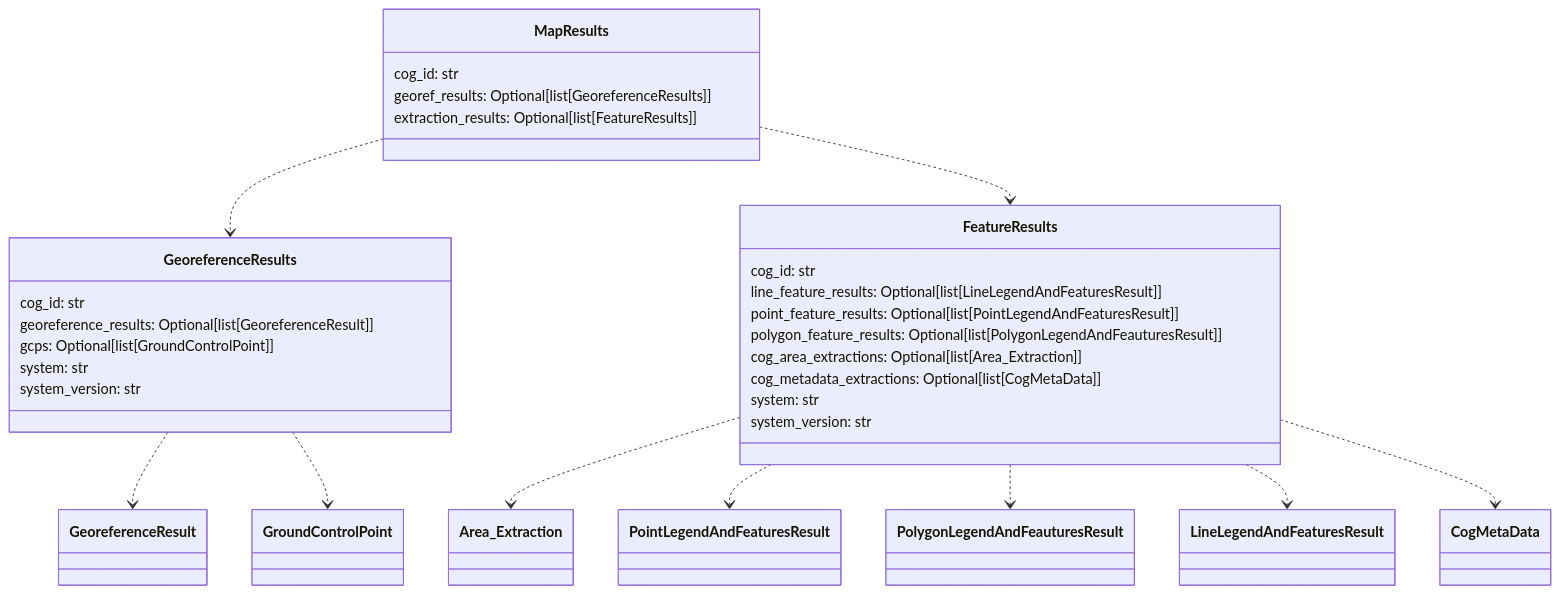
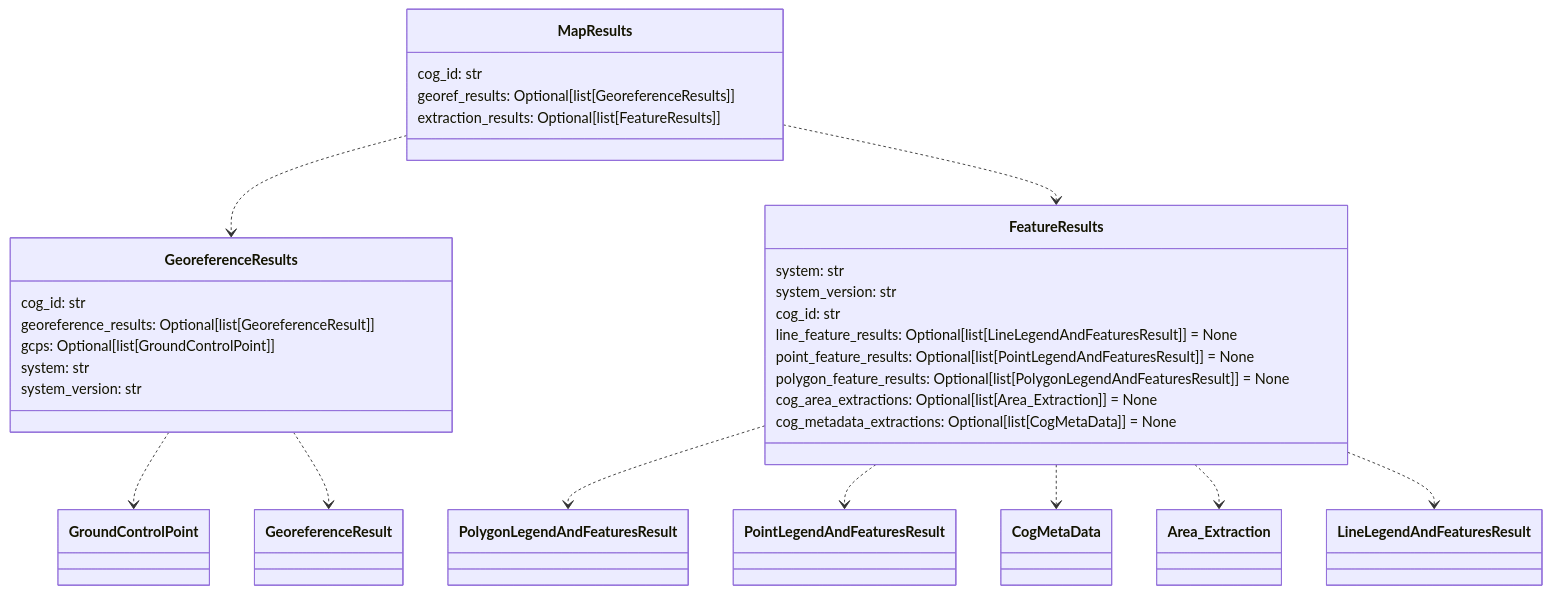
One commit to DARPA-CRITICALMAAS/cdr_schemas changed diagram 11 of 12 in README.md. Above: the diagram before and after it, drawn with Mermaid. The commit also changed other lines of this file and 7 other files, not shown here.

````diff
--- a/README.md
+++ b/README.md
@@ -863,40 +905,40 @@
 ```mermaid
 classDiagram
+
+    class MapResults {
+        cog_id: str
+        georef_results: Optional[list[GeoreferenceResults]]
+        extraction_results: Optional[list[FeatureResults]]
+    }
 
     class GeoreferenceResults {
         cog_id: str
         georeference_results: Optional[list[GeoreferenceResult]]
         gcps: Optional[list[GroundControlPoint]]
         system: str
         system_version: str
     }
 
     class FeatureResults {
-        cog_id: str
-        line_feature_results: Optional[list[LineLegendAndFeaturesResult]]
-        point_feature_results: Optional[list[PointLegendAndFeaturesResult]]
-        polygon_feature_results: Optional[list[PolygonLegendAndFeauturesResult]]
-        cog_area_extractions: Optional[list[Area_Extraction]]
-        cog_metadata_extractions: Optional[list[CogMetaData]]
         system: str
         system_version: str
+        cog_id: str
+        line_feature_results: Optional[list[LineLegendAndFeaturesResult]] = None
+        point_feature_results: Optional[list[PointLegendAndFeaturesResult]] = None
+        polygon_feature_results: Optional[list[PolygonLegendAndFeaturesResult]] = None
+        cog_area_extractions: Optional[list[Area_Extraction]] = None
+        cog_metadata_extractions: Optional[list[CogMetaData]] = None
     }
 
-    class MapResults {
-        cog_id: str
-        georef_results: Optional[list[GeoreferenceResults]]
-        extraction_results: Optional[list[FeatureResults]]
-    }
-
+    FeatureResults ..> PolygonLegendAndFeaturesResult
+    FeatureResults ..> PointLegendAndFeaturesResult
+    FeatureResults ..> CogMetaData
     FeatureResults ..> Area_Extraction
-    FeatureResults ..> PointLegendAndFeaturesResult
-    FeatureResults ..> PolygonLegendAndFeauturesResult
     FeatureResults ..> LineLegendAndFeaturesResult
-    FeatureResults ..> CogMetaData
+    GeoreferenceResults ..> GroundControlPoint
     GeoreferenceResults ..> GeoreferenceResult
-    GeoreferenceResults ..> GroundControlPoint
     MapResults ..> GeoreferenceResults
     MapResults ..> FeatureResults
 
 
 ```
````
